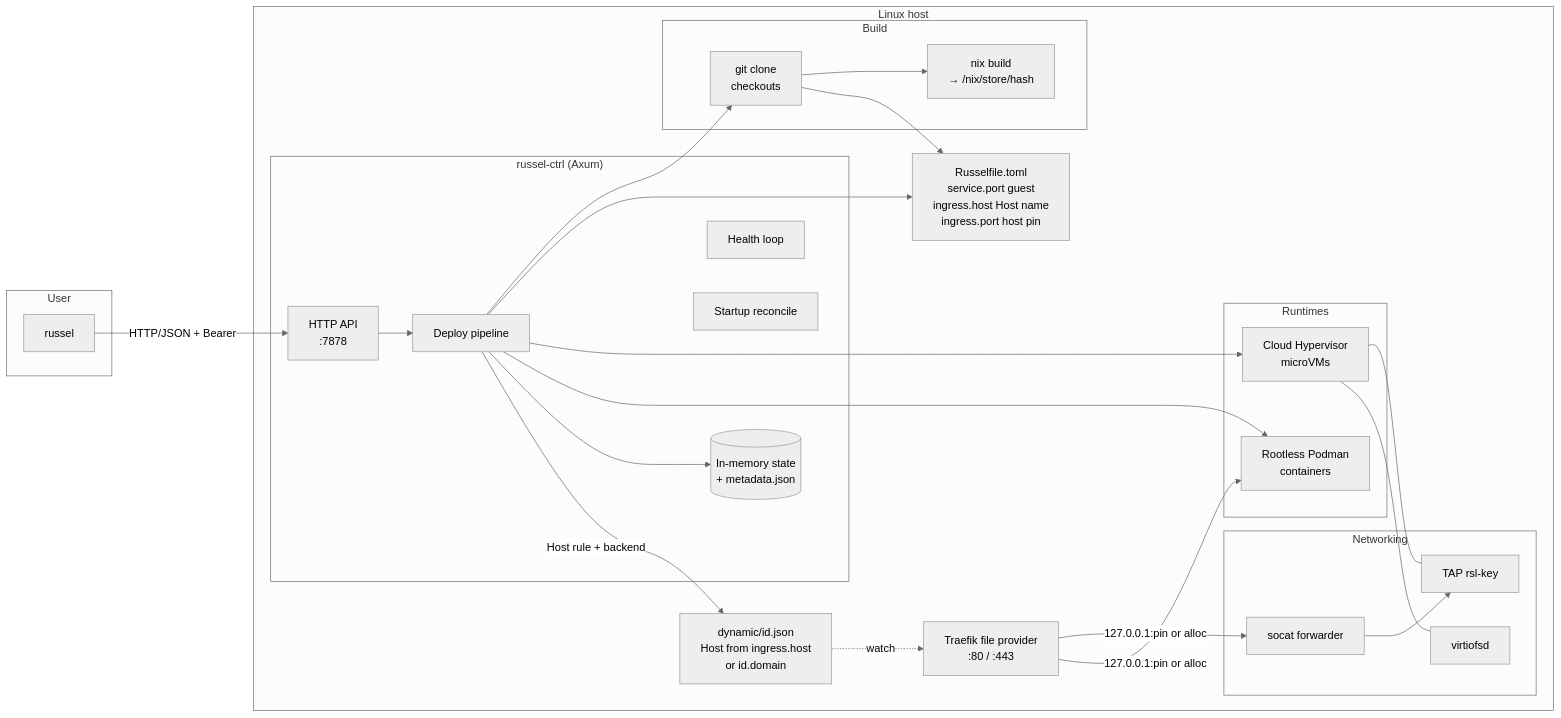
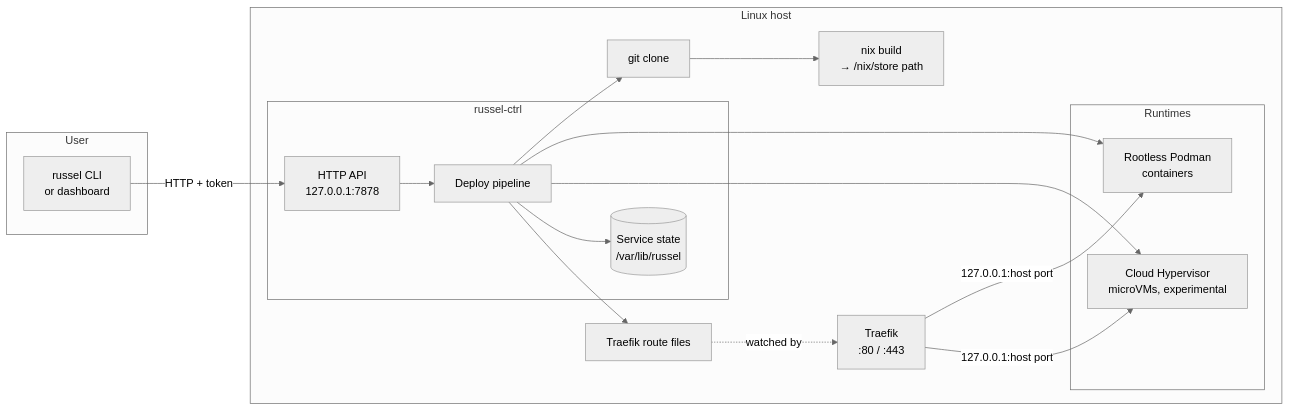
Before and after one commit to daschinmoy21/russel: the first of 2 diagrams in docs/concepts/architecture.md, drawn with Mermaid (neutral theme). The commit also changed other lines of this file and 33 other files, not shown here.

First line of the commit message:
chore: sync russel-dev main (docs rewrite, pinned ingress port fix)

````diff
--- a/docs/concepts/architecture.md
+++ b/docs/concepts/architecture.md
@@ -14,45 +12,31 @@
 ```mermaid
 flowchart LR
     subgraph User
-        CLI[russel]
+        CLI[russel CLI<br/>or dashboard]
     end
     subgraph Host["Linux host"]
-        subgraph CP["russel-ctrl (Axum)"]
-            API[HTTP API<br/>:7878]
+        subgraph CP["russel-ctrl"]
+            API[HTTP API<br/>127.0.0.1:7878]
             PIPE[Deploy pipeline]
-            STATE[(In-memory state<br/>+ metadata.json)]
-            HEALTH[Health loop]
-            REC[Startup reconcile]
+            STATE[(Service state<br/>/var/lib/russel)]
         end
-        subgraph Build["Build"]
-            GIT[git clone<br/>checkouts]
-            NIX[nix build<br/>→ /nix/store/hash]
+        GIT[git clone]
+        NIX[nix build<br/>→ /nix/store path]
+        subgraph RT["Runtimes"]
+            POD[Rootless Podman<br/>containers]
+            CH[Cloud Hypervisor<br/>microVMs, experimental]
         end
-        RF["Russelfile.toml<br/>service.port guest<br/>ingress.host Host name<br/>ingress.port host pin"]
-        subgraph RT["Runtimes"]
-            CH[Cloud Hypervisor<br/>microVMs]
-            POD[Rootless Podman<br/>containers]
-        end
-        subgraph Net["Networking"]
-            TAP[TAP rsl-key]
-            SOC[socat forwarder]
-            VFD[virtiofsd]
-        end
-        TRAEFIK["Traefik file provider<br/>:80 / :443"]
-        DYN["dynamic/id.json<br/>Host from ingress.host<br/>or id.domain"]
+        DYN["Traefik route files"]
+        TRAEFIK["Traefik<br/>:80 / :443"]
     end
-    CLI -->|HTTP/JSON + Bearer| API
+    CLI -->|HTTP + token| API
     API --> PIPE
     PIPE --> GIT --> NIX
-    GIT --> RF
-    PIPE --> RF
+    PIPE --> POD
     PIPE --> CH
-    PIPE --> POD
-    CH --- TAP & VFD
-    SOC --> TAP
     PIPE --> STATE
-    PIPE -->|Host rule + backend| DYN
-    DYN -.watch.-> TRAEFIK
-    TRAEFIK -->|127.0.0.1:pin or alloc| SOC
-    TRAEFIK -->|127.0.0.1:pin or alloc| POD
+    PIPE --> DYN
+    DYN -.watched by.-> TRAEFIK
+    TRAEFIK -->|127.0.0.1:host port| POD
+    TRAEFIK -->|127.0.0.1:host port| CH
 ```
````
